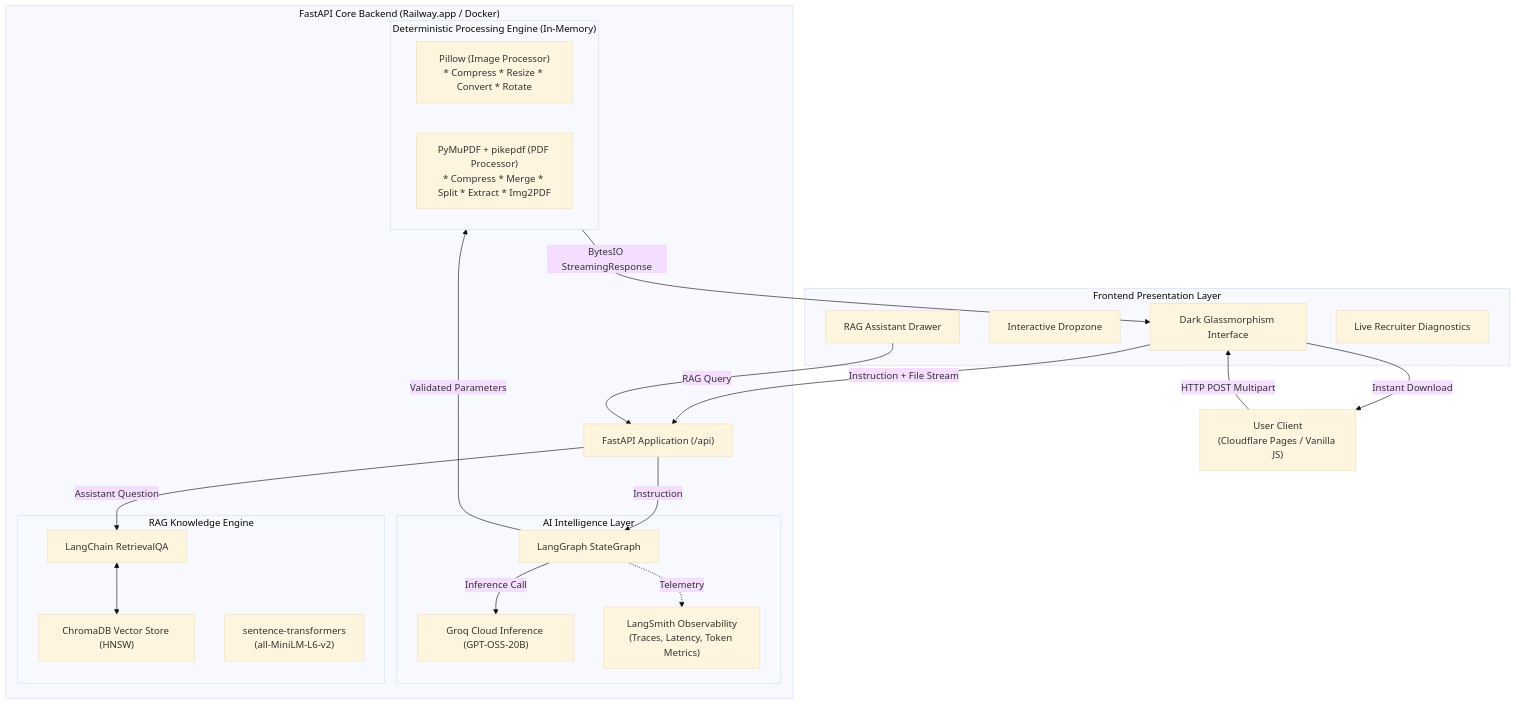
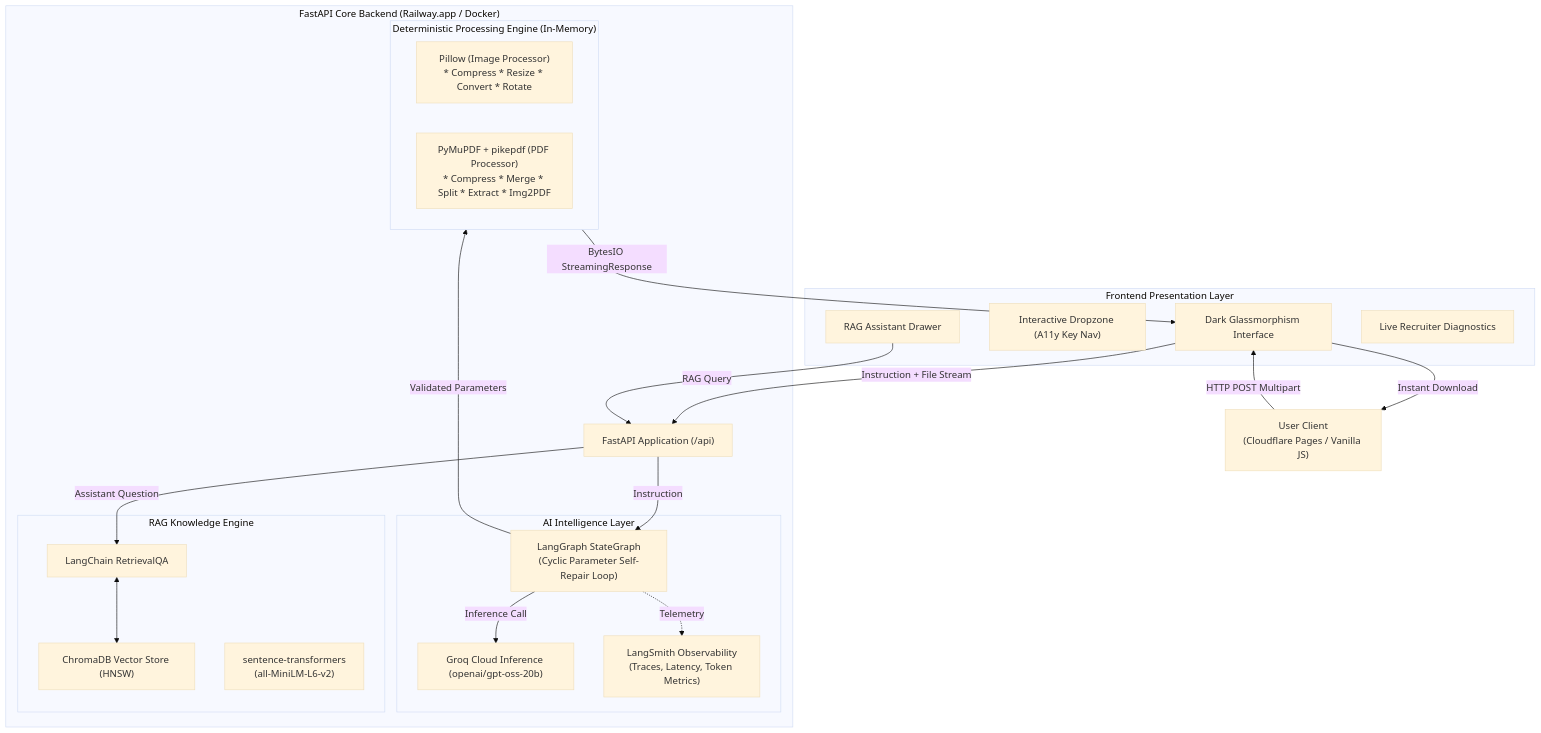
The diagram in README.md (iamsayanmandal/nexaforge-ai), drawn with Mermaid (base theme) before and after one commit. The commit also changed other lines of this file and 15 other files, not shown here.

Commit message:
fix: harden CORS security, upgrade cyclic agent self-repair, fix regex fallback, and improve a11y & SEO

````diff
--- a/README.md
+++ b/README.md
@@ -34,47 +34,47 @@
 ```mermaid
 flowchart TD
     User["User Client\n(Cloudflare Pages / Vanilla JS)"]
     
     subgraph Frontend ["Frontend Presentation Layer"]
         UI["Dark Glassmorphism Interface"]
-        Dropzone["Interactive Dropzone"]
+        Dropzone["Interactive Dropzone (A11y Key Nav)"]
         ChatDrawer["RAG Assistant Drawer"]
         Diagnostics["Live Recruiter Diagnostics"]
     end
     
     subgraph Backend ["FastAPI Core Backend (Railway.app / Docker)"]
         API["FastAPI Application (/api)"]
         
         subgraph Agentic ["AI Intelligence Layer"]
-            Graph["LangGraph StateGraph"]
-            Groq["Groq Cloud Inference (GPT-OSS-20B)"]
+            Graph["LangGraph StateGraph\n(Cyclic Parameter Self-Repair Loop)"]
+            Groq["Groq Cloud Inference (openai/gpt-oss-20b)"]
             LangSmith["LangSmith Observability\n(Traces, Latency, Token Metrics)"]
         end
         
         subgraph RAG ["RAG Knowledge Engine"]
             Chroma["ChromaDB Vector Store (HNSW)"]
             Embeddings["sentence-transformers\n(all-MiniLM-L6-v2)"]
             Retriever["LangChain RetrievalQA"]
         end
         
         subgraph Deterministic ["Deterministic Processing Engine (In-Memory)"]
             Pillow["Pillow (Image Processor)\n* Compress * Resize * Convert * Rotate"]
             PyMuPDF["PyMuPDF + pikepdf (PDF Processor)\n* Compress * Merge * Split * Extract * Img2PDF"]
         end
     end
     
     User -->|HTTP POST Multipart| UI
     UI -->|Instruction + File Stream| API
     ChatDrawer -->|RAG Query| API
     
     API -->|Instruction| Graph
     Graph -->|Inference Call| Groq
     Graph -.->|Telemetry| LangSmith
     
     Graph -->|Validated Parameters| Deterministic
     API -->|Assistant Question| Retriever
     Retriever <--> Chroma
     
     Deterministic -->|BytesIO StreamingResponse| UI
     UI -->|Instant Download| User
 ```
````
